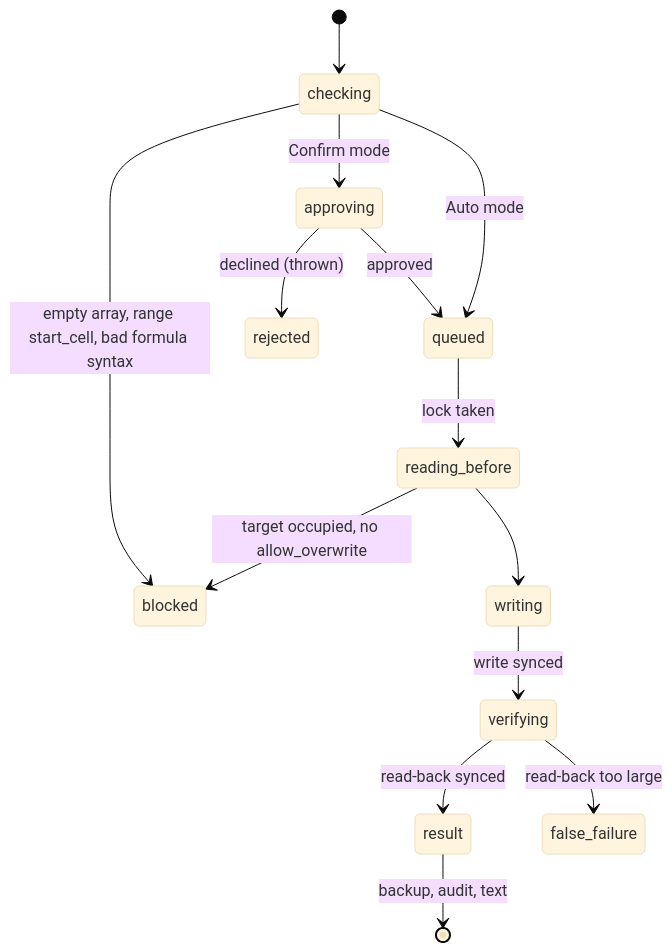
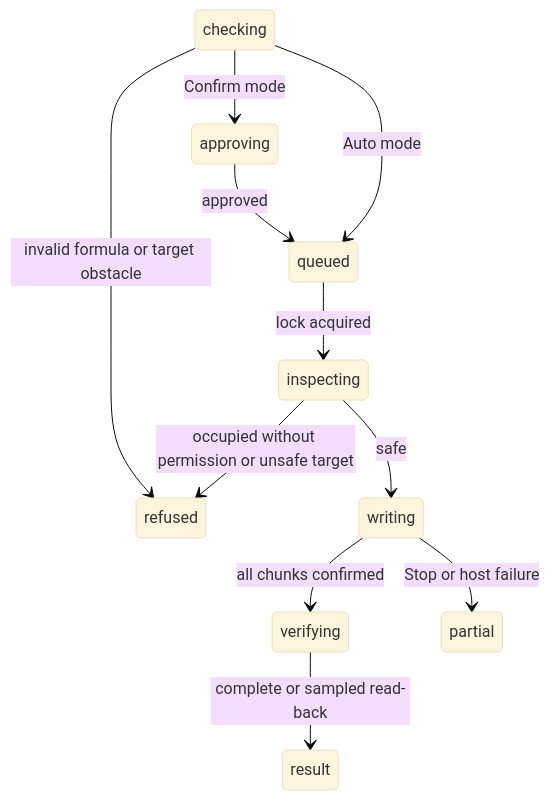
Before and after one commit to tmustier/pi-for-excel: the diagram in agent-description/tools/writing-cells.md, drawn with Mermaid (base theme). The commit also changed other lines of this file and 1 other file, not shown here.

First line of the commit message:
docs: revise range reads and checked writes to merged behaviour

````diff
--- a/agent-description/tools/writing-cells.md
+++ b/agent-description/tools/writing-cells.md
@@ -27,16 +13,13 @@
 ```mermaid
 stateDiagram-v2
-    [*] --> checking
-    checking --> blocked : empty array, range start_cell, bad formula syntax
+    checking --> refused : invalid formula or target obstacle
     checking --> approving : Confirm mode
+    approving --> queued : approved
     checking --> queued : Auto mode
-    approving --> rejected : declined (thrown)
-    approving --> queued : approved
-    queued --> reading_before : lock taken
-    reading_before --> blocked : target occupied, no allow_overwrite
-    reading_before --> writing
-    writing --> verifying : write synced
-    verifying --> result : read-back synced
-    verifying --> false_failure : read-back too large
-    result --> [*] : backup, audit, text
+    queued --> inspecting : lock acquired
+    inspecting --> refused : occupied without permission or unsafe target
+    inspecting --> writing : safe
+    writing --> verifying : all chunks confirmed
+    writing --> partial : Stop or host failure
+    verifying --> result : complete or sampled read-back
 ```
````
